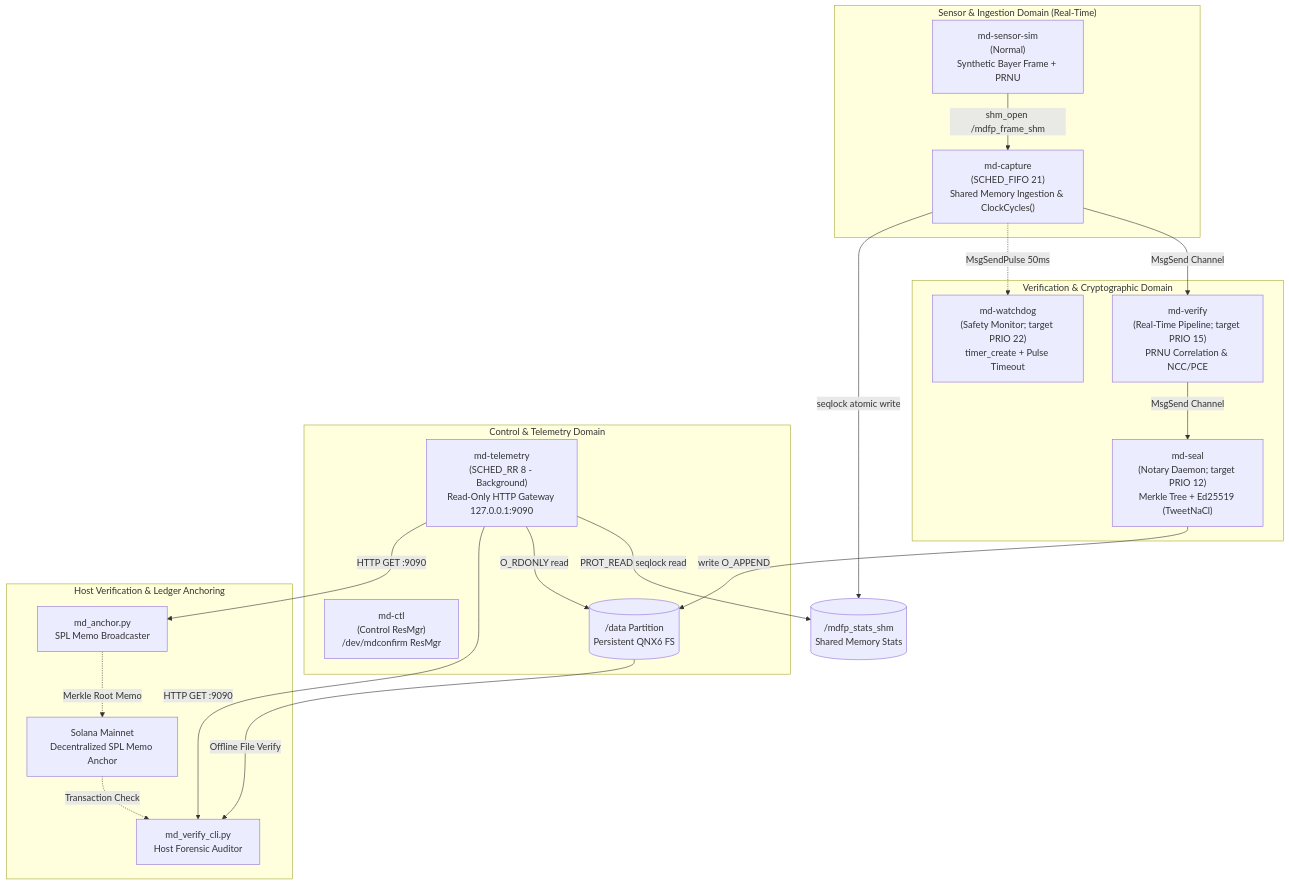
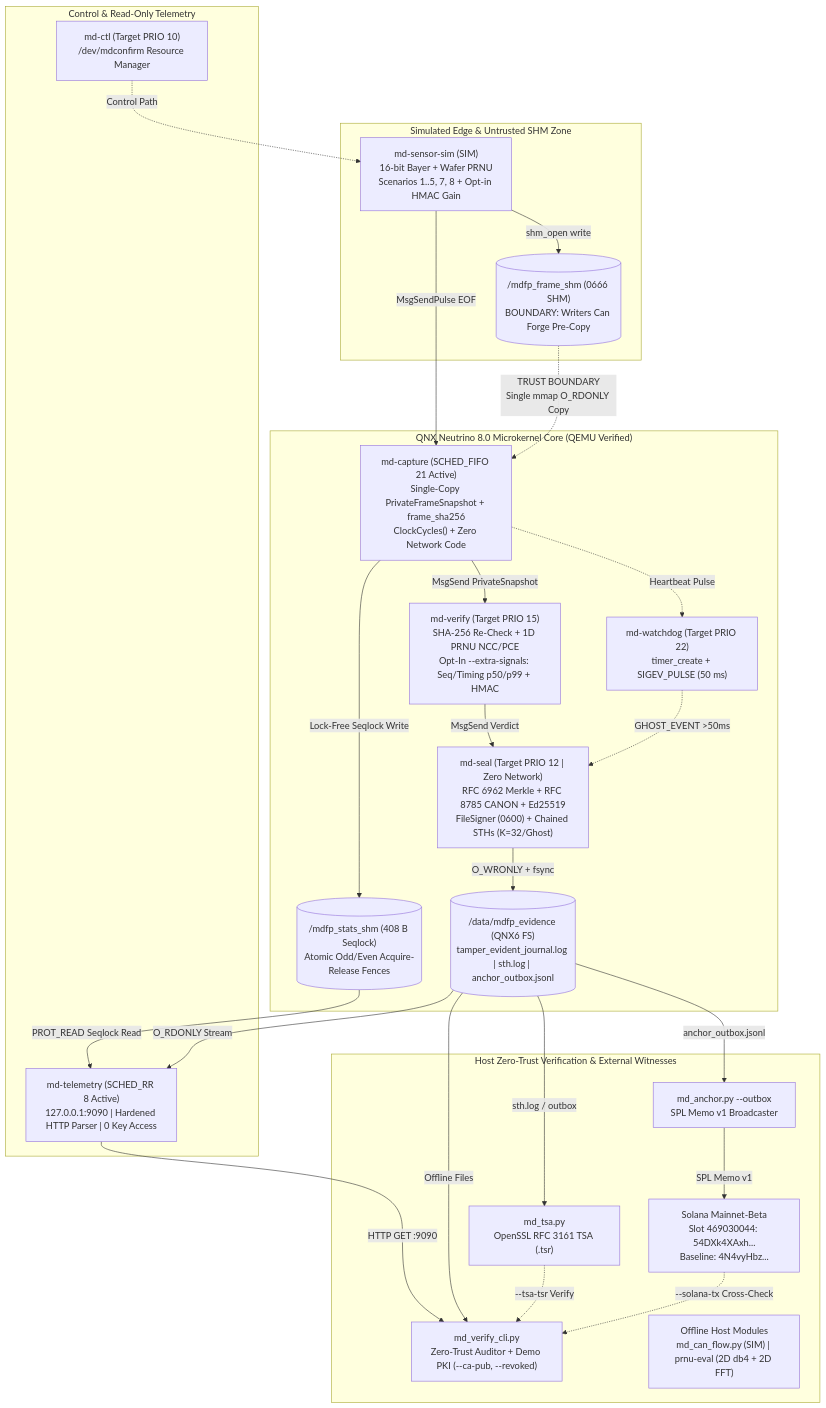
One commit to CenterDigitalTrust/MD-Confirm-RTOS changed the first of 2 diagrams in README.md. Above: the diagram before and after it, drawn with Mermaid. The commit also changed other lines of this file and 5 other files, not shown here.

Commit message:
docs: upgrade English architecture SVG, Mermaid flows, README, BUILD, and add ruff.toml

````diff
--- a/README.md
+++ b/README.md
@@ -70,41 +80,49 @@
 ```mermaid
 flowchart TD
-    subgraph SENSOR_DOMAIN["Sensor & Ingestion Domain (Real-Time)"]
-        SIM["md-sensor-sim<br/>(Normal)<br/>Synthetic Bayer Frame + PRNU"]
-        CAP["md-capture<br/>(SCHED_FIFO 21)<br/>Shared Memory Ingestion & ClockCycles()"]
+    subgraph EDGE["Simulated Edge & Untrusted SHM Zone"]
+        SIM["md-sensor-sim (SIM)<br/>16-bit Bayer + Wafer PRNU<br/>Scenarios 1..5, 7, 8 + Opt-in HMAC Gain"]
+        SHM_F[("/mdfp_frame_shm (0666 SHM)<br/>BOUNDARY: Writers Can Forge Pre-Copy")]
     end
 
-    subgraph CRYPTO_DOMAIN["Verification & Cryptographic Domain"]
-        VER["md-verify<br/>(Real-Time Pipeline; target PRIO 15)<br/>PRNU Correlation & NCC/PCE"]
-        SEAL["md-seal<br/>(Notary Daemon; target PRIO 12)<br/>Merkle Tree + Ed25519 (TweetNaCl)"]
-        WDOG["md-watchdog<br/>(Safety Monitor; target PRIO 22)<br/>timer_create + Pulse Timeout"]
+    subgraph CORE["QNX Neutrino 8.0 Microkernel Core (QEMU Verified)"]
+        CAP["md-capture (SCHED_FIFO 21 Active)<br/>Single-Copy PrivateFrameSnapshot + frame_sha256<br/>ClockCycles() + Zero Network Code"]
+        VER["md-verify (Target PRIO 15)<br/>SHA-256 Re-Check + 1D PRNU NCC/PCE<br/>Opt-In --extra-signals: Seq/Timing p50/p99 + HMAC"]
+        WDOG["md-watchdog (Target PRIO 22)<br/>timer_create + SIGEV_PULSE (50 ms)"]
+        SEAL["md-seal (Target PRIO 12 | Zero Network)<br/>RFC 6962 Merkle + RFC 8785 CANON + Ed25519<br/>FileSigner (0600) + Chained STHs (K=32/Ghost)"]
+        SHM_S[("/mdfp_stats_shm (408 B Seqlock)<br/>Atomic Odd/Even Acquire-Release Fences")]
+        FS[("/data/mdfp_evidence (QNX6 FS)<br/>tamper_evident_journal.log | sth.log | anchor_outbox.jsonl")]
     end
 
-    subgraph SYSTEM_DOMAIN["Control & Telemetry Domain"]
-        CTL["md-ctl<br/>(Control ResMgr)<br/>/dev/mdconfirm ResMgr"]
-        TEL["md-telemetry<br/>(SCHED_RR 8 - Background)<br/>Read-Only HTTP Gateway 127.0.0.1:9090"]
-        FS[("/data Partition<br/>Persistent QNX6 FS")]
+    subgraph CTL_PLANE["Control & Read-Only Telemetry"]
+        CTL["md-ctl (Target PRIO 10)<br/>/dev/mdconfirm Resource Manager"]
+        TEL["md-telemetry (SCHED_RR 8 Active)<br/>127.0.0.1:9090 | Hardened HTTP Parser | 0 Key Access"]
     end
 
-    subgraph HOST_DOMAIN["Host Verification & Ledger Anchoring"]
-        CLI["md_verify_cli.py<br/>Host Forensic Auditor"]
-        ANCH["md_anchor.py<br/>SPL Memo Broadcaster"]
-        SOL["Solana Mainnet<br/>Decentralized SPL Memo Anchor"]
+    subgraph HOST["Host Zero-Trust Verification & External Witnesses"]
+        CLI["md_verify_cli.py<br/>Zero-Trust Auditor + Demo PKI (--ca-pub, --revoked)"]
+        TSA["md_tsa.py<br/>OpenSSL RFC 3161 TSA (.tsr)"]
+        ANCH["md_anchor.py --outbox<br/>SPL Memo v1 Broadcaster"]
+        SOL["Solana Mainnet-Beta<br/>Slot 469030044: 54DXk4XAxh...<br/>Baseline: 4N4vyHbz..."]
+        SIMH["Offline Host Modules<br/>md_can_flow.py (SIM) | prnu-eval (2D db4 + 2D FFT)"]
     end
 
-    SIM -->|shm_open /mdfp_frame_shm| CAP
-    CAP -->|MsgSend Channel| VER
-    VER -->|MsgSend Channel| SEAL
-    CAP -.->|MsgSendPulse 50ms| WDOG
-    SEAL -->|write O_APPEND| FS
-
-    CAP -->|seqlock atomic write| SHM_STATS[("/mdfp_stats_shm<br/>Shared Memory Stats")]
-    TEL -->|PROT_READ seqlock read| SHM_STATS
-    TEL -->|O_RDONLY read| FS
-
+    SIM -->|shm_open write| SHM_F
+    SIM -->|MsgSendPulse EOF| CAP
+    SHM_F -.->|"TRUST BOUNDARY<br/>Single mmap O_RDONLY Copy"| CAP
+    CAP -->|MsgSend PrivateSnapshot| VER
+    VER -->|MsgSend Verdict| SEAL
+    CAP -.->|Heartbeat Pulse| WDOG
+    WDOG -.->|GHOST_EVENT >50ms| SEAL
+    SEAL -->|O_WRONLY + fsync| FS
+    CAP -->|Lock-Free Seqlock Write| SHM_S
+    SHM_S -->|PROT_READ Seqlock Read| TEL
+    FS -->|O_RDONLY Stream| TEL
+    CTL -.->|Control Path| SIM
     TEL -->|HTTP GET :9090| CLI
-    TEL -->|HTTP GET :9090| ANCH
-    ANCH -.->|Merkle Root Memo| SOL
-    SOL -.->|Transaction Check| CLI
-    FS -->|Offline File Verify| CLI
+    FS -->|Offline Files| CLI
+    FS -->|sth.log / outbox| TSA
+    FS -->|anchor_outbox.jsonl| ANCH
+    TSA -.->|--tsa-tsr Verify| CLI
+    ANCH -->|SPL Memo v1| SOL
+    SOL -.->|--solana-tx Cross-Check| CLI
 ```
````
